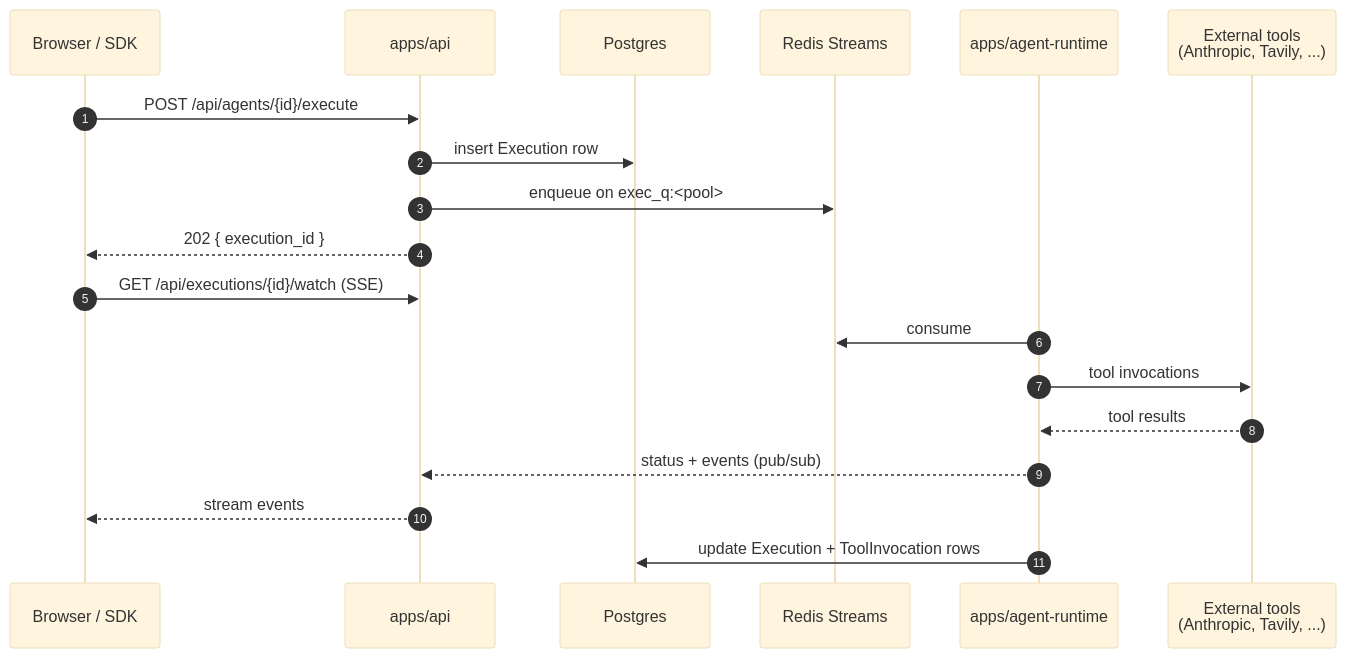
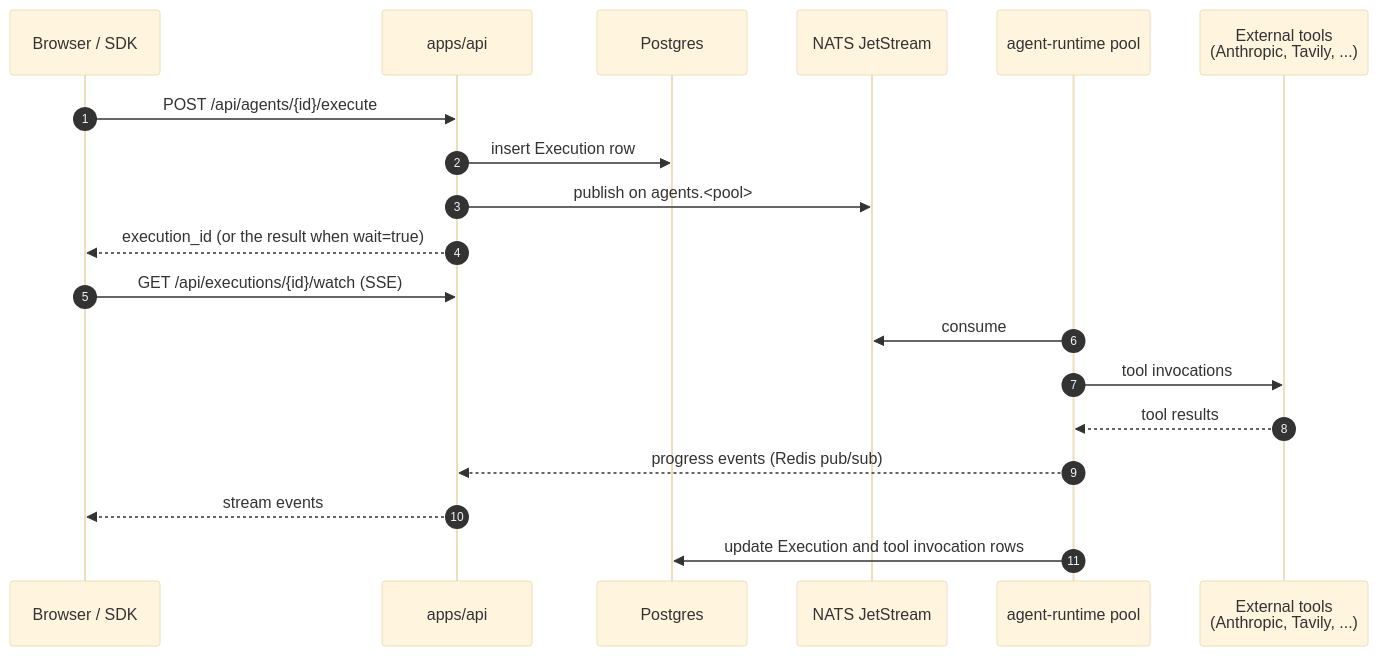
Before and after one commit to sarkar4777/abenix: the first of 2 diagrams in ARCHITECTURE.md, drawn with Mermaid (base theme). The commit also changed other lines of this file and 288 other files, not shown here.

````diff
--- a/ARCHITECTURE.md
+++ b/ARCHITECTURE.md
@@ -47,22 +45,22 @@
 ```mermaid
 sequenceDiagram
   autonumber
   participant B as Browser / SDK
   participant API as apps/api
   participant DB as Postgres
-  participant Q as Redis Streams
-  participant R as apps/agent-runtime
+  participant Q as NATS JetStream
+  participant R as agent-runtime pool
   participant T as External tools<br/>(Anthropic, Tavily, ...)
 
   B->>API: POST /api/agents/{id}/execute
   API->>DB: insert Execution row
-  API->>Q: enqueue on exec_q:<pool>
-  API-->>B: 202 { execution_id }
+  API->>Q: publish on agents.<pool>
+  API-->>B: execution_id (or the result when wait=true)
   B->>API: GET /api/executions/{id}/watch (SSE)
   R->>Q: consume
   R->>T: tool invocations
   T-->>R: tool results
-  R-->>API: status + events (pub/sub)
+  R-->>API: progress events (Redis pub/sub)
   API-->>B: stream events
-  R->>DB: update Execution + ToolInvocation rows
+  R->>DB: update Execution and tool invocation rows
 ```
````
